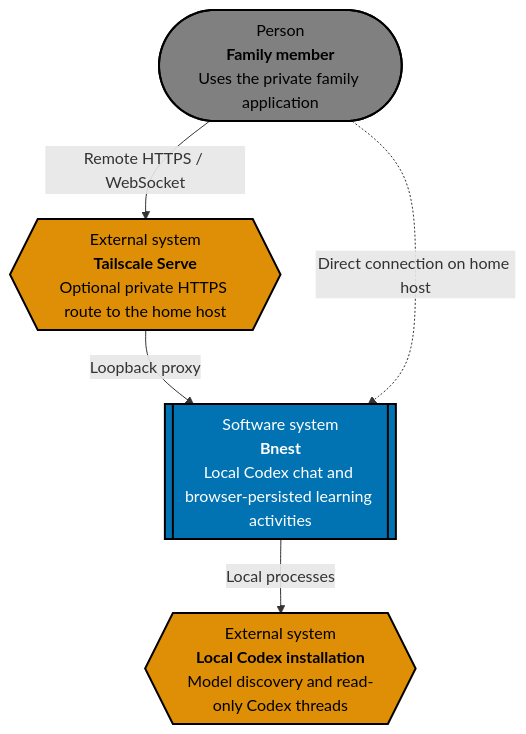
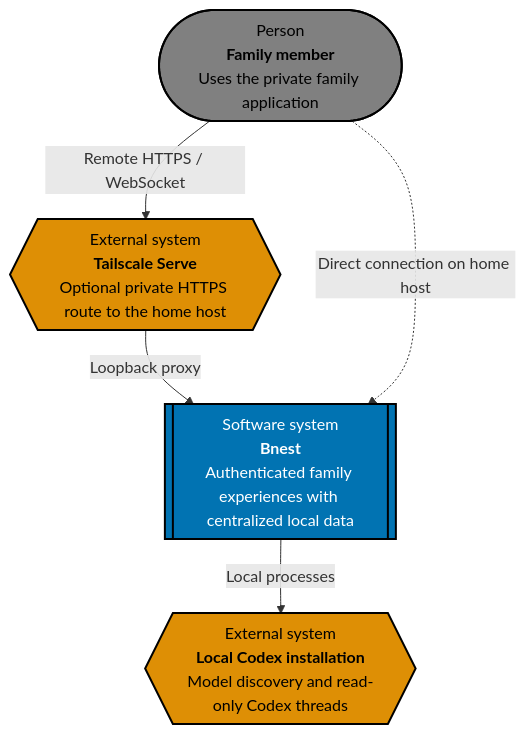
The first of 3 diagrams in specs/apps/bnest/app/architecture.md (wahidyankf/beaver-nest), drawn with Mermaid before and after one commit. The commit also changed other lines of this file and 93 other files, not shown here.

Commit message:
feat(bnest): centralize authenticated user data

````diff
--- a/specs/apps/bnest/app/architecture.md
+++ b/specs/apps/bnest/app/architecture.md
@@ -7,20 +7,20 @@
 ```mermaid
 %% Accessible palette: blue #0173B2, orange #DE8F05, gray #808080
 flowchart TB
     visitor(["Person<br/><b>Family member</b><br/>Uses the private family application"])
     tailscale{{"External system<br/><b>Tailscale Serve</b><br/>Optional private HTTPS route to the home host"}}
-    bnest[["Software system<br/><b>Bnest</b><br/>Local Codex chat and browser-persisted learning activities"]]
+    bnest[["Software system<br/><b>Bnest</b><br/>Authenticated family experiences with centralized local data"]]
     codex{{"External system<br/><b>Local Codex installation</b><br/>Model discovery and read-only Codex threads"}}
 
     visitor -->|Remote HTTPS / WebSocket| tailscale
     tailscale -->|Loopback proxy| bnest
     visitor -.->|Direct connection on home host| bnest
     bnest -->|Local processes| codex
 
     classDef person fill:#808080,stroke:#000000,color:#000000,stroke-width:2px
     classDef system fill:#0173B2,stroke:#000000,color:#FFFFFF,stroke-width:2px
     classDef external fill:#DE8F05,stroke:#000000,color:#000000,stroke-width:2px
     class visitor person
     class bnest system
     class tailscale,codex external
 ```
````
